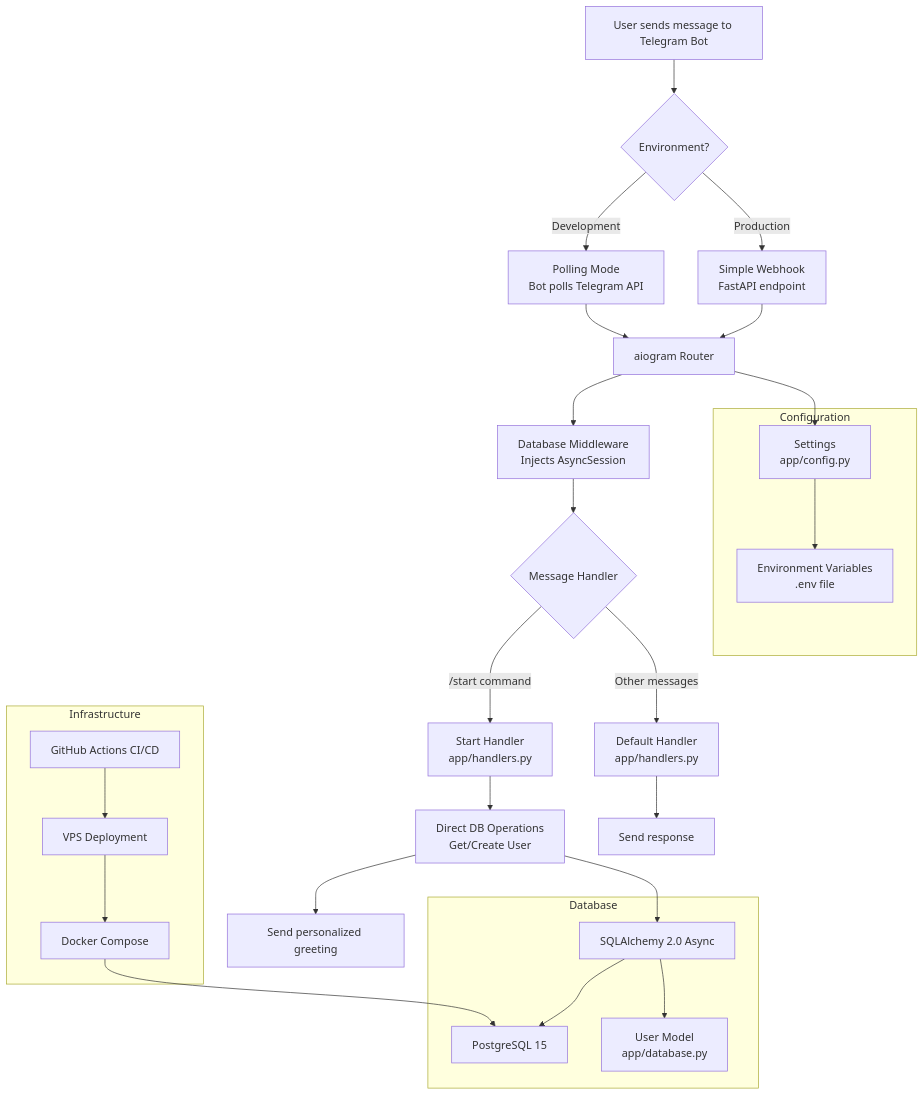
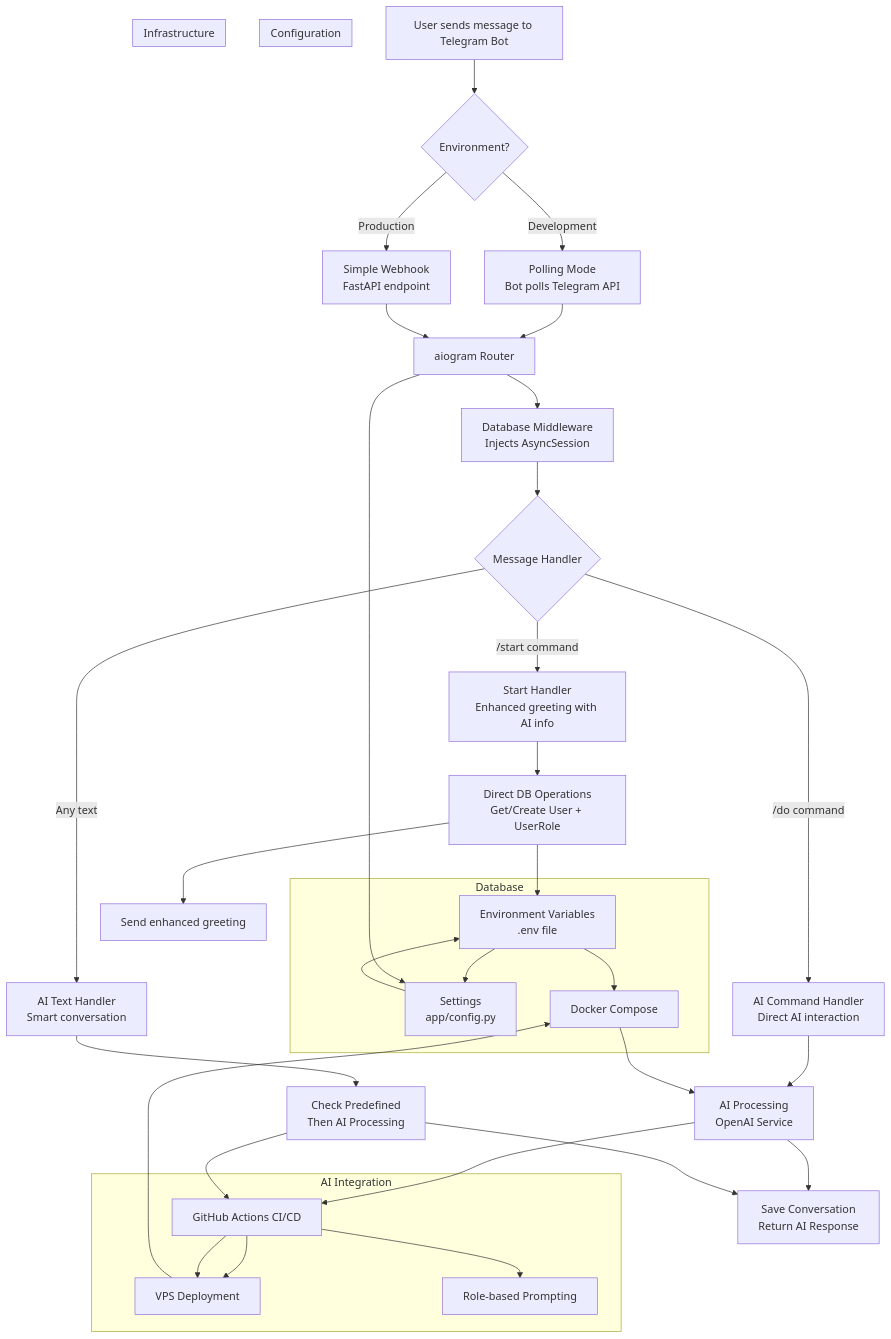
One commit to ivan-hilckov/hello-ai-bot changed the first of 3 diagrams in docs/ARCHITECTURE.md. Above: the diagram before and after it, drawn with Mermaid. The commit also changed other lines of this file and 16 other files, not shown here.

````diff
--- a/docs/ARCHITECTURE.md
+++ b/docs/ARCHITECTURE.md
@@ -7,49 +7,63 @@
 ```mermaid
 graph TD
     A[User sends message to Telegram Bot] --> B{Environment?}
 
     B -->|Development| C[Polling Mode<br/>Bot polls Telegram API]
     B -->|Production| D[Simple Webhook<br/>FastAPI endpoint]
 
     C --> E[aiogram Router]
     D --> E
 
     E --> F[Database Middleware<br/>Injects AsyncSession]
     F --> G{Message Handler}
 
-    G -->|/start command| H[Start Handler<br/>app/handlers.py]
-    G -->|Other messages| I[Default Handler<br/>app/handlers.py]
+    G -->|/start command| H[Start Handler<br/>Enhanced greeting with AI info]
+    G -->|/do command| I[AI Command Handler<br/>Direct AI interaction]
+    G -->|Any text| J[AI Text Handler<br/>Smart conversation]
 
-    H --> J[Direct DB Operations<br/>Get/Create User]
-    I --> K[Send response]
+    H --> K[Direct DB Operations<br/>Get/Create User + UserRole]
+    I --> M[AI Processing<br/>OpenAI Service]
+    J --> N[Check Predefined<br/>Then AI Processing]
 
-    J --> L[Send personalized greeting]
+    K --> L[Send enhanced greeting]
+    M --> O[Save Conversation<br/>Return AI Response]
+    N --> O
 
     subgraph "Database"
-        M[PostgreSQL 15]
-        N[SQLAlchemy 2.0 Async]
-        O[User Model<br/>app/database.py]
+        P[PostgreSQL 15]
+        Q[SQLAlchemy 2.0 Async]
+        R[User + UserRole + Conversation<br/>app/database.py]
     end
 
-    J --> N
-    N --> M
-    N --> O
+    subgraph "AI Integration"
+        S[OpenAI Service<br/>app/services/openai_service.py]
+        T[Token Management]
+        U[Role-based Prompting]
+    end
+
+    K --> Q
+    M --> S
+    N --> S
+    Q --> P
+    Q --> R
+    S --> T
+    S --> U
 
     subgraph "Configuration"
         P[Settings<br/>app/config.py]
         Q[Environment Variables<br/>.env file]
     end
 
     P --> Q
     E --> P
 
     subgraph "Infrastructure"
         R[Docker Compose]
         S[GitHub Actions CI/CD]
         T[VPS Deployment]
     end
 
     R --> M
     S --> T
     T --> R
 ```
````
